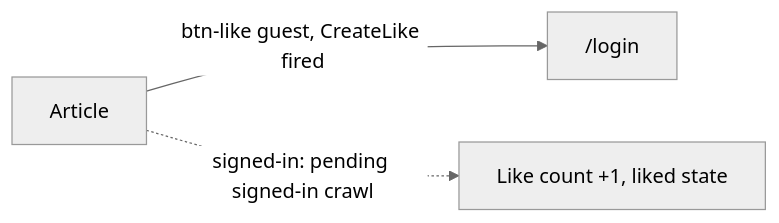
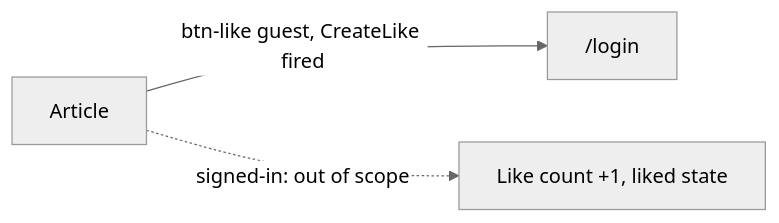
Before and after one commit to frosteve665/kumparan-qa-automation: the diagram in docs/features/like.md, drawn with Mermaid (neutral theme). The commit also changed other lines of this file and 15 other files, not shown here.

````diff
--- a/docs/features/like.md
+++ b/docs/features/like.md
@@ -12,5 +12,5 @@
 ```mermaid
 flowchart LR
   A[Article] -->|btn-like guest, CreateLike fired| L["/login"]
-  A -.->|signed-in: pending signed-in crawl| K[Like count +1, liked state]
+  A -.->|signed-in: out of scope| K[Like count +1, liked state]
 ```
````
